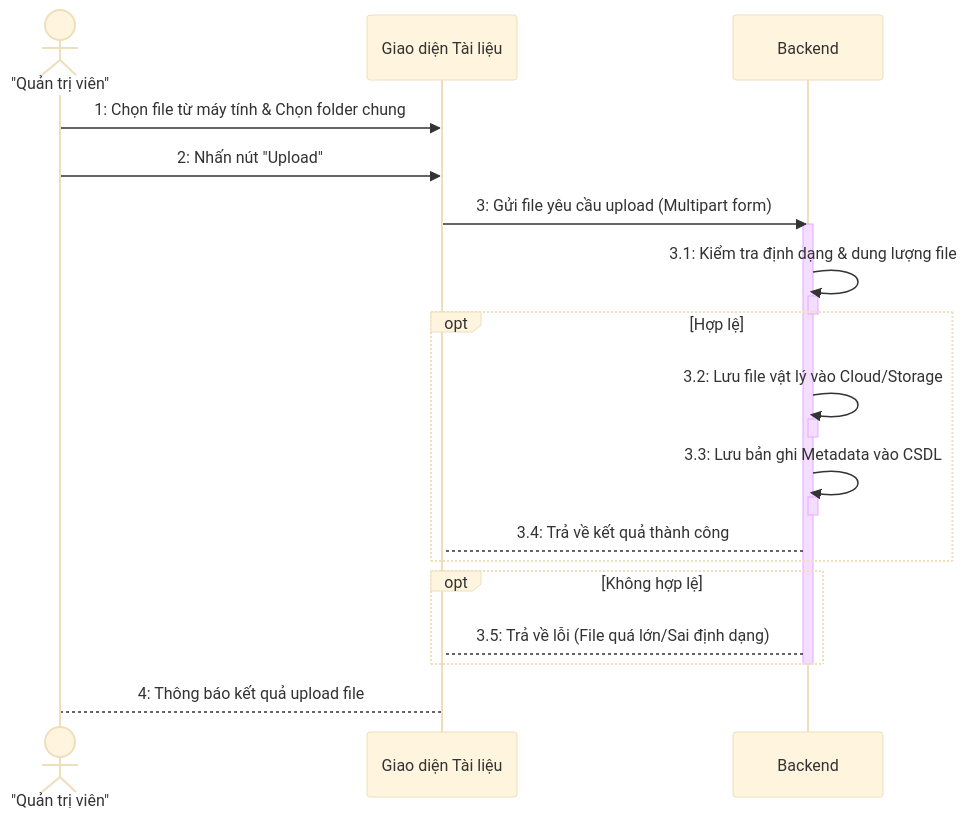
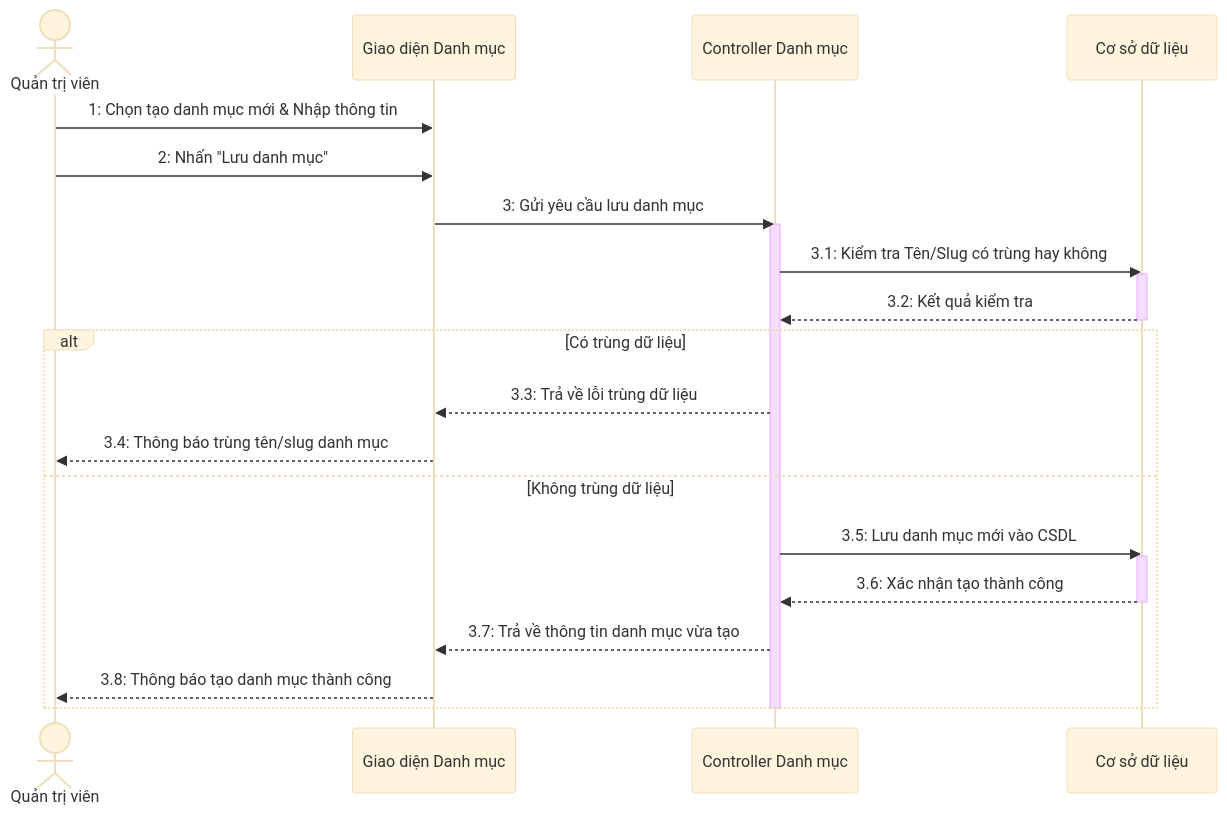
Before and after one commit to Trangkmt/lcd-website: the sixth of 12 diagrams in docs/Sequence_Diagrams.md, drawn with Mermaid (base theme). The commit also changed other lines of this file and 47 other files, not shown here.

````diff
--- a/docs/Sequence_Diagrams.md
+++ b/docs/Sequence_Diagrams.md
@@ -157,32 +199,30 @@
 ```mermaid
 sequenceDiagram
-    actor A as "Quản trị viên"
-    participant B as Giao diện Tài liệu
-    participant BE as Backend
+    actor A as Quản trị viên
+    participant G as Giao diện Danh mục
+    participant C as Controller Danh mục
+    participant D as Cơ sở dữ liệu
     
-    A->>B: 1: Chọn file từ máy tính & Chọn folder chung
-    A->>B: 2: Nhấn nút "Upload"
+    A->>G: 1: Chọn tạo danh mục mới & Nhập thông tin
+    A->>G: 2: Nhấn "Lưu danh mục"
     
-    B->>BE: 3: Gửi file yêu cầu upload (Multipart form)
-    activate BE
-    BE->>BE: 3.1: Kiểm tra định dạng & dung lượng file
-    activate BE
-    deactivate BE
+    G->>C: 3: Gửi yêu cầu lưu danh mục
+    activate C
+    C->>D: 3.1: Kiểm tra Tên/Slug có trùng hay không
+    activate D
+    D-->>C: 3.2: Kết quả kiểm tra
+    deactivate D
     
-    opt Hợp lệ
-        BE->>BE: 3.2: Lưu file vật lý vào Cloud/Storage
-        activate BE
-        deactivate BE
-        BE->>BE: 3.3: Lưu bản ghi Metadata vào CSDL
-        activate BE
-        deactivate BE
-        BE-->B: 3.4: Trả về kết quả thành công
+    alt Có trùng dữ liệu
+        C-->>G: 3.3: Trả về lỗi trùng dữ liệu
+        G-->>A: 3.4: Thông báo trùng tên/slug danh mục
+    else Không trùng dữ liệu
+        C->>D: 3.5: Lưu danh mục mới vào CSDL
+        activate D
+        D-->>C: 3.6: Xác nhận tạo thành công
+        deactivate D
+        C-->>G: 3.7: Trả về thông tin danh mục vừa tạo
+        G-->>A: 3.8: Thông báo tạo danh mục thành công
     end
-    
-    opt Không hợp lệ
-        BE-->B: 3.5: Trả về lỗi (File quá lớn/Sai định dạng)
-    end
-    deactivate BE
-    
-    B-->A: 4: Thông báo kết quả upload file
+    deactivate C
 ```
````
